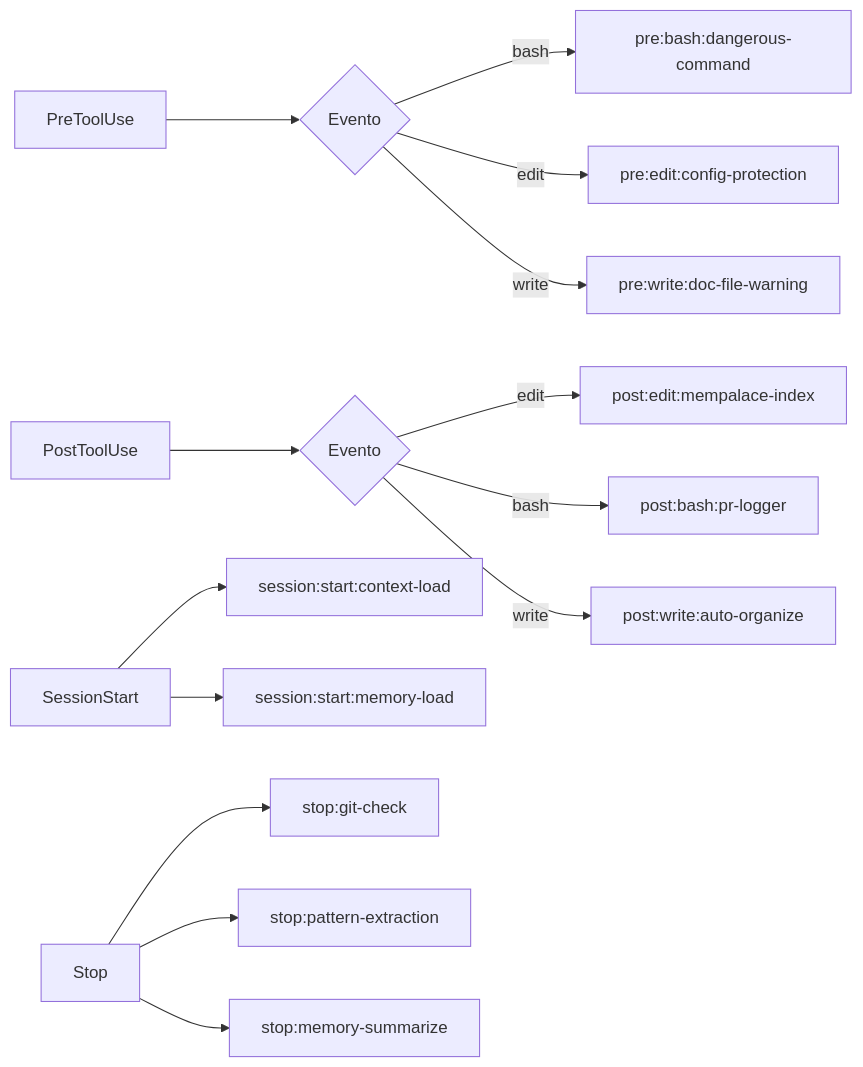
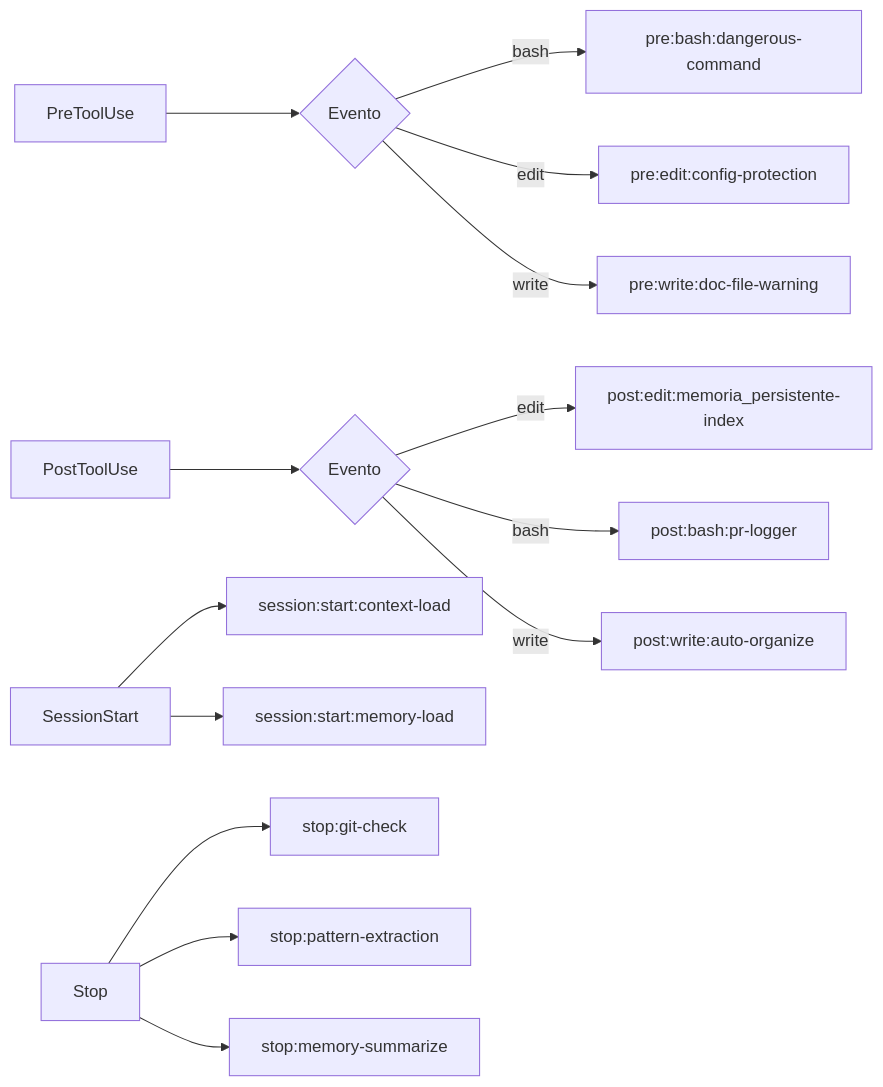
The fifth of 6 diagrams in docs/arquitectura/ARQUITECTURA.md (Cucholambr3ta/evol-system), drawn with Mermaid before and after one commit. The commit also changed other lines of this file and 80 other files, not shown here.

````diff
--- a/docs/arquitectura/ARQUITECTURA.md
+++ b/docs/arquitectura/ARQUITECTURA.md
@@ -267,19 +267,19 @@
 ```mermaid
 graph LR
     A[PreToolUse] --> B{Evento}
     B -->|bash| C[pre:bash:dangerous-command]
     B -->|edit| D[pre:edit:config-protection]
     B -->|write| E[pre:write:doc-file-warning]
 
     F[PostToolUse] --> G{Evento}
-    G -->|edit| H[post:edit:mempalace-index]
+    G -->|edit| H[post:edit:memoria_persistente-index]
     G -->|bash| I[post:bash:pr-logger]
     G -->|write| J[post:write:auto-organize]
 
     K[SessionStart] --> L[session:start:context-load]
     K --> M[session:start:memory-load]
 
     N[Stop] --> O[stop:git-check]
     N --> P[stop:pattern-extraction]
     N --> Q[stop:memory-summarize]
 ```
````
